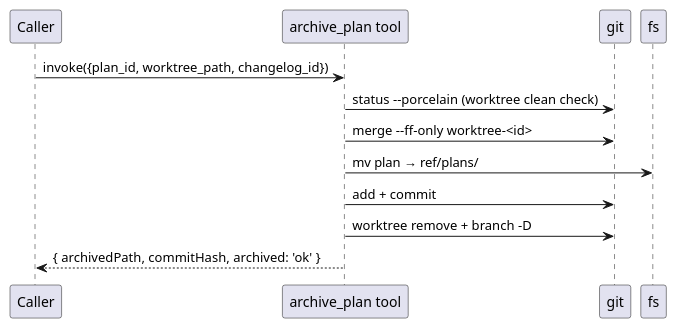
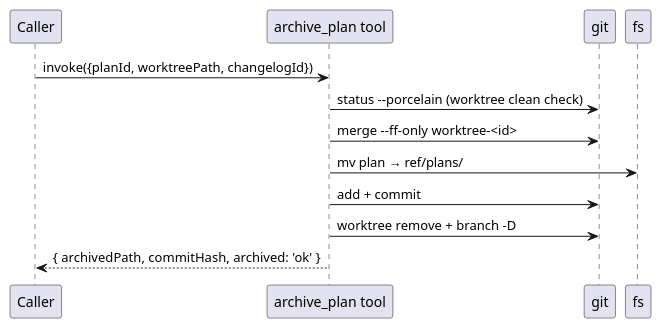
Before and after one commit to myqz-wld/agent-deck: the second of 5 diagrams in resources/claude-config/agent-deck-plugin/skills/flow-arch-plantuml/SKILL.md, drawn with PlantUML. The commit also changed 5 other files, not shown here.

````diff
--- a/resources/claude-config/agent-deck-plugin/skills/flow-arch-plantuml/SKILL.md
+++ b/resources/claude-config/agent-deck-plugin/skills/flow-arch-plantuml/SKILL.md
@@ -75,16 +75,16 @@
     ```plantuml
     @startuml archive-plan-flow
     participant Caller
     participant "archive_plan tool" as Tool
     participant "git" as Git
     participant "fs" as Fs
 
-    Caller -> Tool: invoke({plan_id, worktree_path, changelog_id})
+    Caller -> Tool: invoke({planId, worktreePath, changelogId})
     Tool -> Git: status --porcelain (worktree clean check)
     Tool -> Git: merge --ff-only worktree-<id>
     Tool -> Fs: mv plan → ref/plans/
     Tool -> Git: add + commit
     Tool -> Git: worktree remove + branch -D
     Tool --> Caller: { archivedPath, commitHash, archived: 'ok' }
     @enduml
     ```
````
